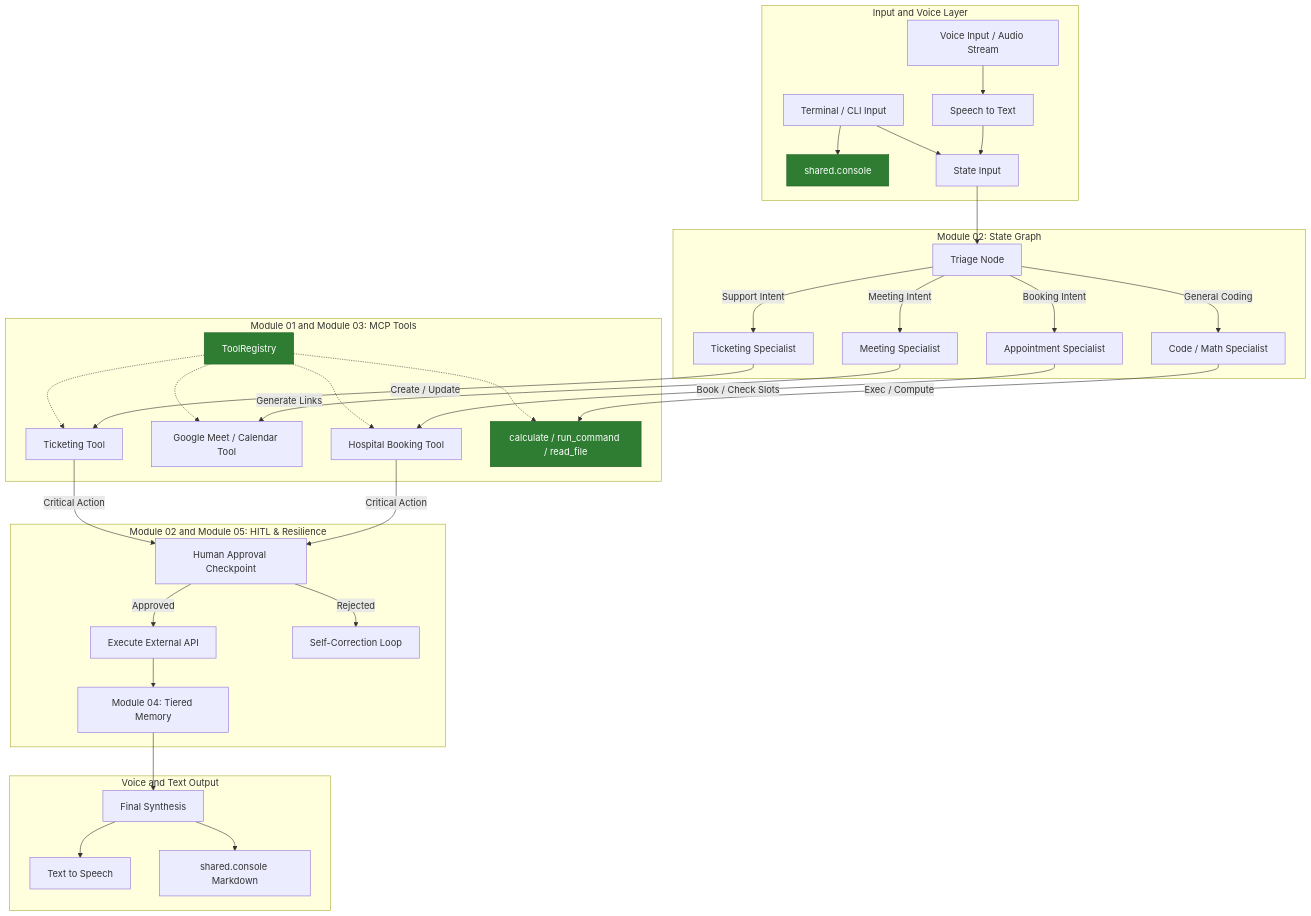
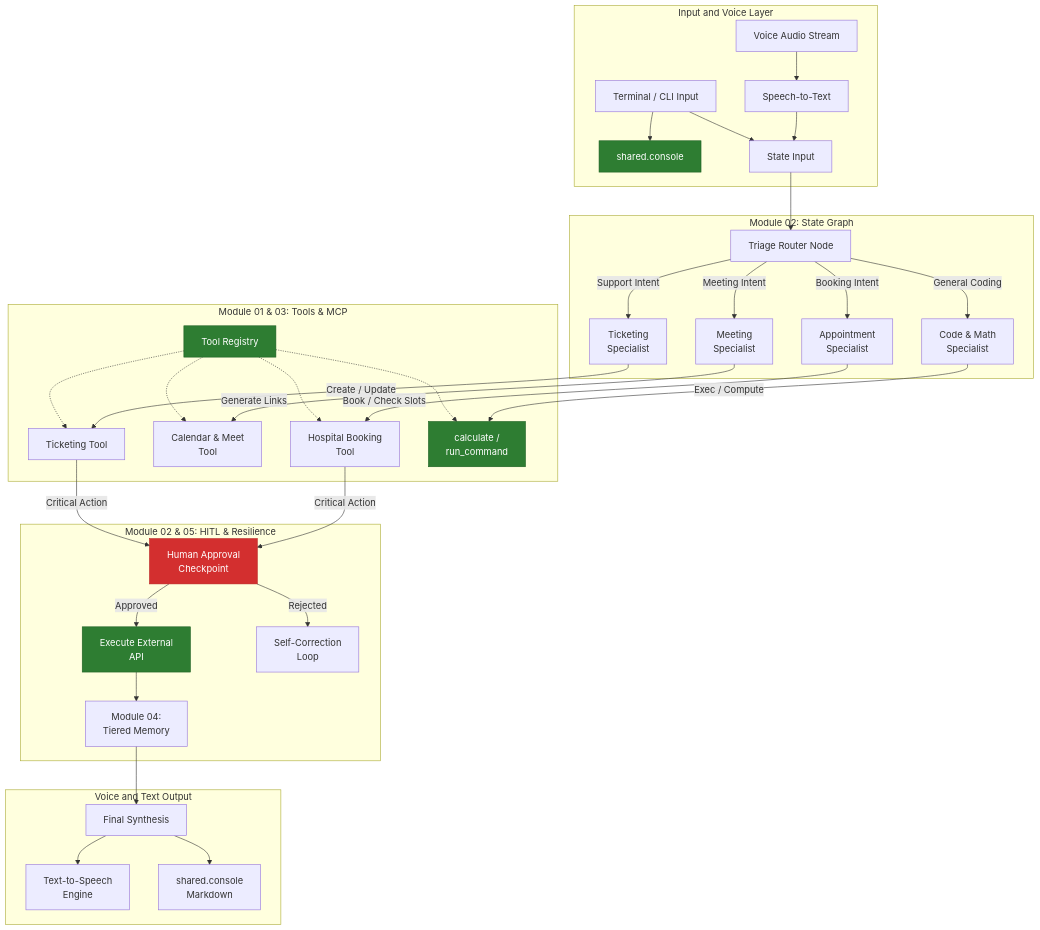
The diagram in docs/knowledge_graph.md (Firojpaudel/Agentic), drawn with Mermaid before and after one commit. The commit also changed 1 other file, not shown here.

Commit message:
fix(docs): resolve mermaid text clipping with explicit quotes and line breaks

````diff
--- a/docs/knowledge_graph.md
+++ b/docs/knowledge_graph.md
@@ -9,47 +9,49 @@
 ```mermaid
 graph TD
-    subgraph UserInterface [Input and Voice Layer]
-        VI[Voice Input / Audio Stream] --> STT[Speech to Text]
-        TI[Terminal / CLI Input] --> SharedUI[shared.console]
-        STT --> ST[State Input]
+    subgraph UserInterface ["Input and Voice Layer"]
+        VI["Voice Audio Stream"] --> STT["Speech-to-Text"]
+        TI["Terminal / CLI Input"] --> SharedUI["shared.console"]
+        STT --> ST["State Input"]
         TI --> ST
     end
 
-    subgraph OrchestrationLayer [Module 02: State Graph]
-        ST --> TG[Triage Node]
-        TG -->|Booking Intent| BA[Appointment Specialist]
-        TG -->|Meeting Intent| MA[Meeting Specialist]
-        TG -->|Support Intent| TA[Ticketing Specialist]
-        TG -->|General Coding| CA[Code / Math Specialist]
+    subgraph OrchestrationLayer ["Module 02: State Graph"]
+        ST --> TG["Triage Router Node"]
+        TG -->|Booking Intent| BA["Appointment<br/>Specialist"]
+        TG -->|Meeting Intent| MA["Meeting<br/>Specialist"]
+        TG -->|Support Intent| TA["Ticketing<br/>Specialist"]
+        TG -->|General Coding| CA["Code & Math<br/>Specialist"]
     end
 
-    subgraph ToolsAndProtocols [Module 01 and Module 03: MCP Tools]
-        TR[ToolRegistry]
-        BA -->|Book / Check Slots| HT[Hospital Booking Tool]
-        MA -->|Generate Links| GM[Google Meet / Calendar Tool]
-        TA -->|Create / Update| TT[Ticketing Tool]
-        CA -->|Exec / Compute| CT[calculate / run_command / read_file]
+    subgraph ToolsAndProtocols ["Module 01 & 03: Tools & MCP"]
+        TR["Tool Registry"]
+        BA -->|Book / Check Slots| HT["Hospital Booking<br/>Tool"]
+        MA -->|Generate Links| GM["Calendar & Meet<br/>Tool"]
+        TA -->|Create / Update| TT["Ticketing Tool"]
+        CA -->|Exec / Compute| CT["calculate /<br/>run_command"]
         TR -.-> HT
         TR -.-> GM
         TR -.-> TT
         TR -.-> CT
     end
 
-    subgraph SafetyAndDurability [Module 02 and Module 05: HITL & Resilience]
-        HT -->|Critical Action| HITL[Human Approval Checkpoint]
+    subgraph SafetyAndDurability ["Module 02 & 05: HITL & Resilience"]
+        HT -->|Critical Action| HITL["Human Approval<br/>Checkpoint"]
         TT -->|Critical Action| HITL
-        HITL -->|Approved| COMMIT[Execute External API]
-        HITL -->|Rejected| FEEDBACK[Self-Correction Loop]
-        COMMIT --> MEM[Module 04: Tiered Memory]
+        HITL -->|Approved| COMMIT["Execute External<br/>API"]
+        HITL -->|Rejected| FEEDBACK["Self-Correction<br/>Loop"]
+        COMMIT --> MEM["Module 04:<br/>Tiered Memory"]
     end
 
-    subgraph OutputLayer [Voice and Text Output]
-        MEM --> SYNTH[Final Synthesis]
-        SYNTH --> TTS[Text to Speech]
-        SYNTH --> OUT[shared.console Markdown]
+    subgraph OutputLayer ["Voice and Text Output"]
+        MEM --> SYNTH["Final Synthesis"]
+        SYNTH --> TTS["Text-to-Speech<br/>Engine"]
+        SYNTH --> OUT["shared.console<br/>Markdown"]
     end
 
     style CT fill:#2e7d32,stroke:#1b5e20,color:#fff
     style TR fill:#2e7d32,stroke:#1b5e20,color:#fff
     style SharedUI fill:#2e7d32,stroke:#1b5e20,color:#fff
+    style HITL fill:#d32f2f,stroke:#b71c1c,color:#fff
+    style COMMIT fill:#2e7d32,stroke:#1b5e20,color:#fff
 ```
````
